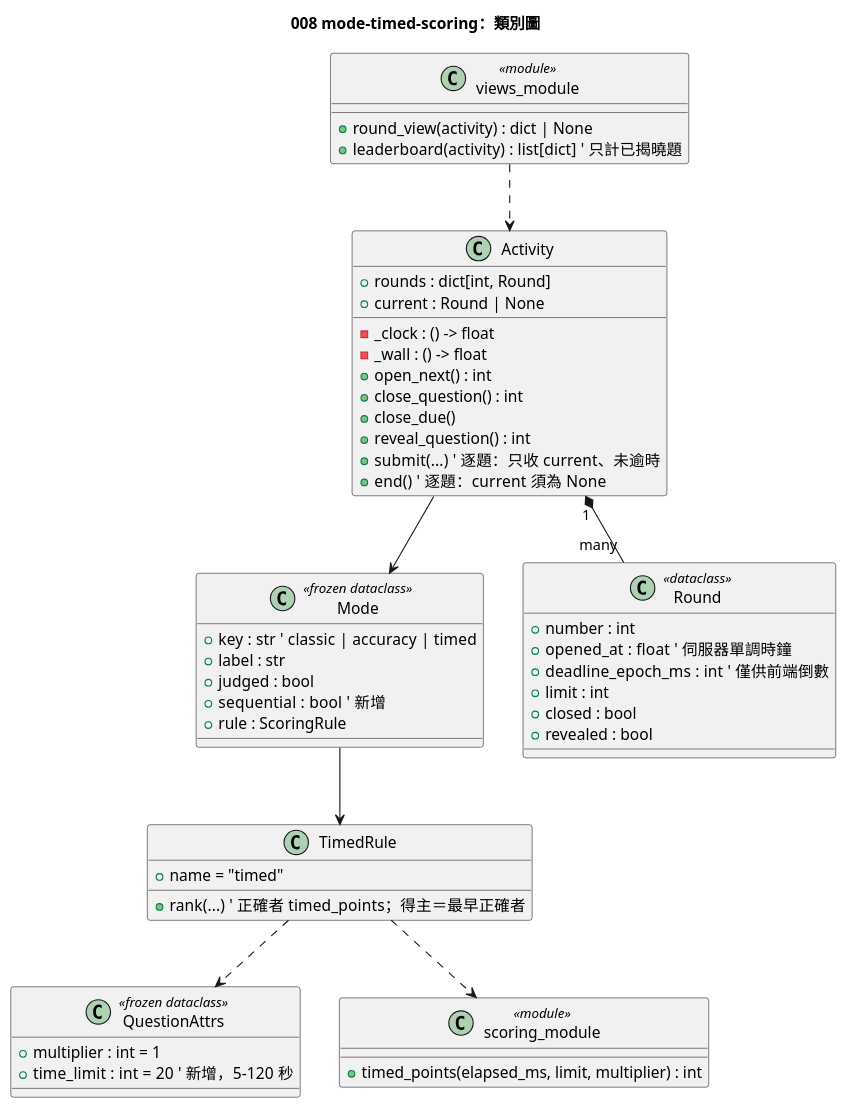
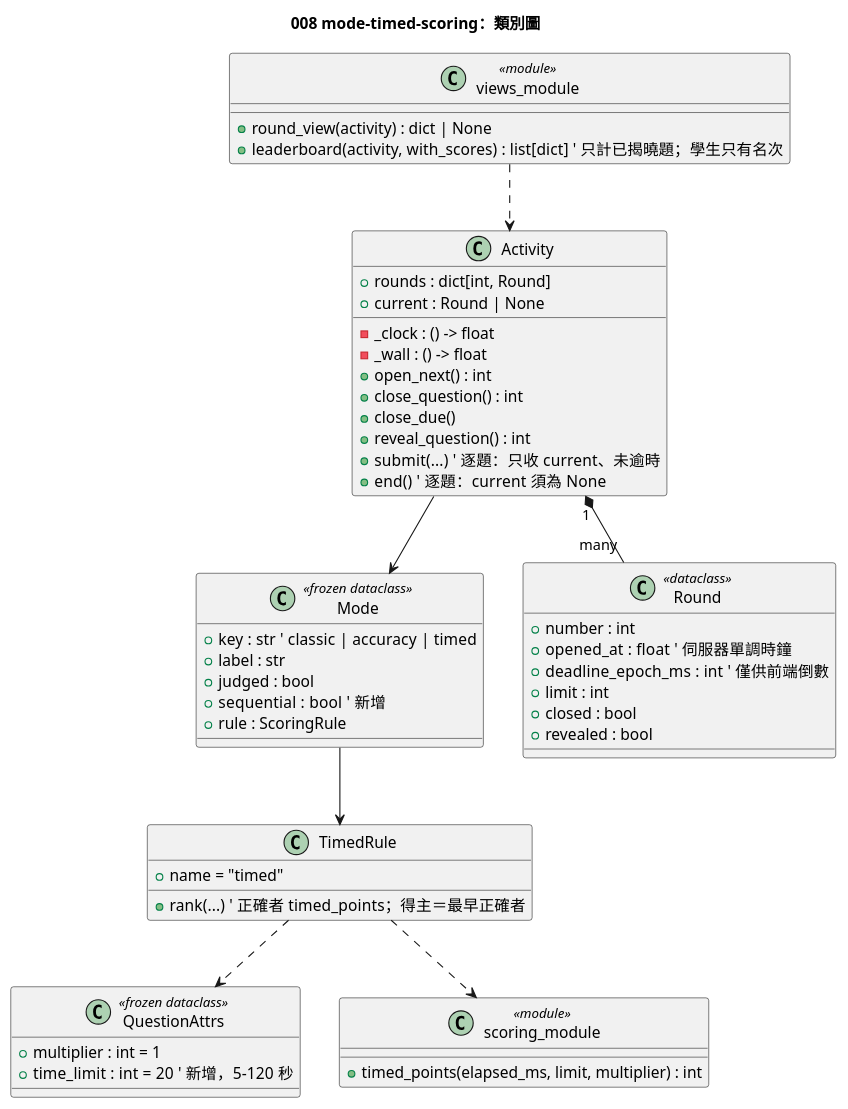
Before and after one commit to yue083139/software_fin-speckit: the diagram in diagrams/008-mode-timed-scoring-class.puml, drawn with PlantUML. The commit also changed 11 other files, not shown here.

Commit message:
docs(specs): 008 規格與圖表 v1.1（提案輪評審） [CORE]

```diff
--- a/diagrams/008-mode-timed-scoring-class.puml
+++ b/diagrams/008-mode-timed-scoring-class.puml
@@ -1,59 +1,59 @@
 @startuml 008-mode-timed-scoring-class
 title 008 mode-timed-scoring：類別圖
 
 class Mode <<frozen dataclass>> {
   + key : str  ' classic | accuracy | timed
   + label : str
   + judged : bool
   + sequential : bool  ' 新增
   + rule : ScoringRule
 }
 
 class QuestionAttrs <<frozen dataclass>> {
   + multiplier : int = 1
   + time_limit : int = 20  ' 新增，5–120 秒
 }
 
 class Round <<dataclass>> {
   + number : int
   + opened_at : float  ' 伺服器單調時鐘
   + deadline_epoch_ms : int  ' 僅供前端倒數
   + limit : int
   + closed : bool
   + revealed : bool
 }
 
 class TimedRule {
   + name = "timed"
   + rank(...)  ' 正確者 timed_points；得主＝最早正確者
 }
 
 class scoring_module <<module>> {
   + timed_points(elapsed_ms, limit, multiplier) : int
 }
 
 class Activity {
   + rounds : dict[int, Round]
   + current : Round | None
   - _clock : () -> float
   - _wall : () -> float
   + open_next() : int
   + close_question() : int
   + close_due()
   + reveal_question() : int
   + submit(...)  ' 逐題：只收 current、未逾時
   + end()  ' 逐題：current 須為 None
 }
 
 class views_module <<module>> {
   + round_view(activity) : dict | None
-  + leaderboard(activity) : list[dict]  ' 只計已揭曉題
+  + leaderboard(activity, with_scores) : list[dict]  ' 只計已揭曉題；學生只有名次
 }
 
 TimedRule ..> scoring_module
 Activity "1" *-- "many" Round
 Activity --> Mode
 Mode --> TimedRule
 TimedRule ..> QuestionAttrs
 views_module ..> Activity
 @enduml
```
